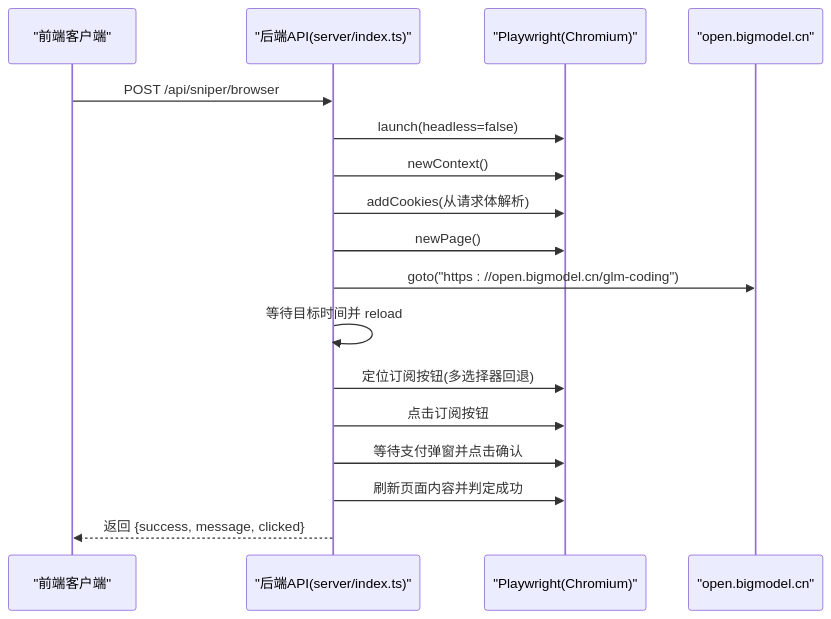
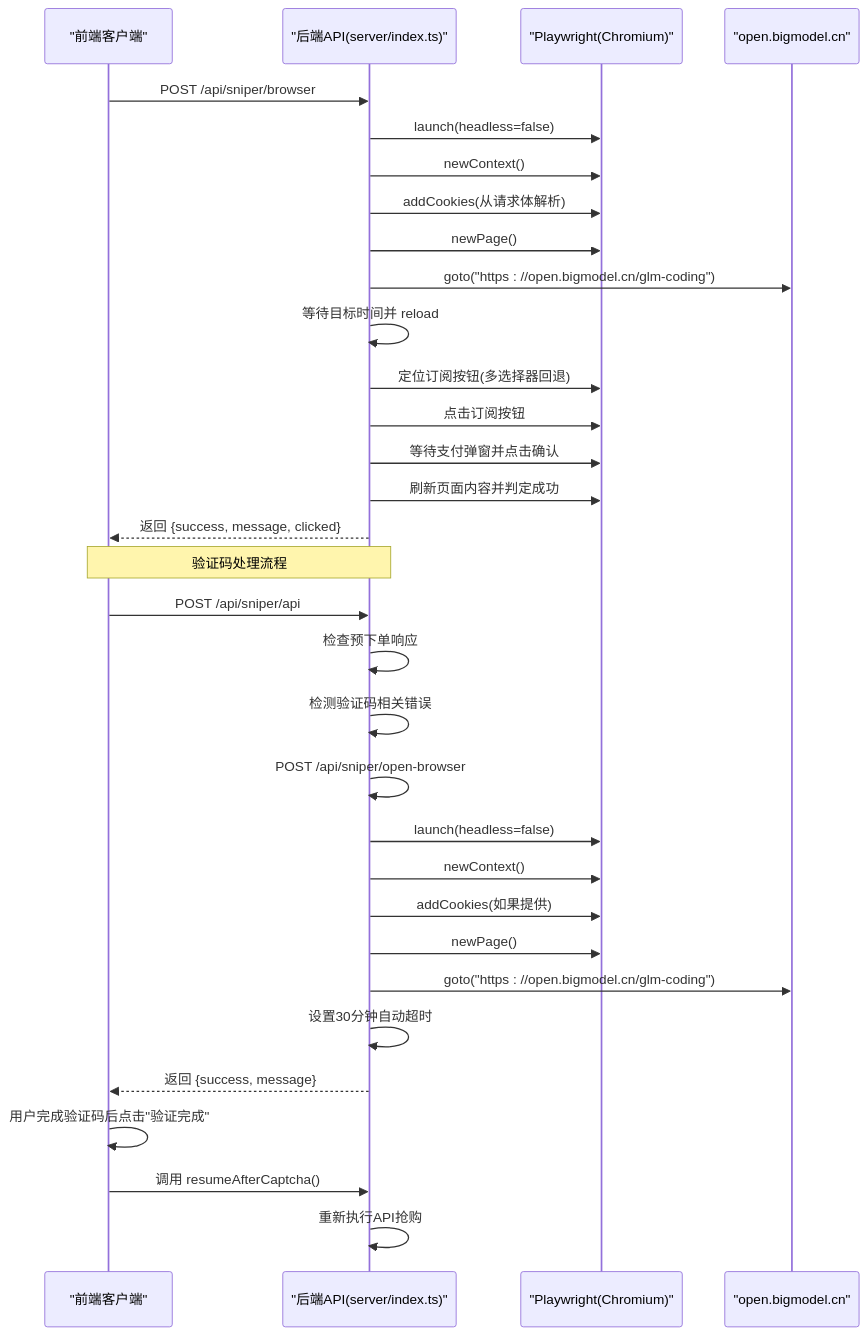
One commit to 16499259-oss/GLM-sniper changed the second of 7 diagrams in .qoder/repowiki/zh/content/服务器架构/浏览器自动化服务.md. Above: the diagram before and after it, drawn with Mermaid. The commit also changed other lines of this file and 9 other files, not shown here.

````diff
--- a/.qoder/repowiki/zh/content/服务器架构/浏览器自动化服务.md
+++ b/.qoder/repowiki/zh/content/服务器架构/浏览器自动化服务.md
@@ -111,19 +118,34 @@
 ```mermaid
 sequenceDiagram
 participant FE as "前端客户端"
 participant API as "后端API(server/index.ts)"
 participant PW as "Playwright(Chromium)"
 participant Site as "open.bigmodel.cn"
 FE->>API : POST /api/sniper/browser
 API->>PW : launch(headless=false)
 API->>PW : newContext()
 API->>PW : addCookies(从请求体解析)
 API->>PW : newPage()
 API->>Site : goto("https : //open.bigmodel.cn/glm-coding")
 API->>API : 等待目标时间并 reload
 API->>PW : 定位订阅按钮(多选择器回退)
 API->>PW : 点击订阅按钮
 API->>PW : 等待支付弹窗并点击确认
 API->>PW : 刷新页面内容并判定成功
 API-->>FE : 返回 {success, message, clicked}
+Note over FE,API : 验证码处理流程
+FE->>API : POST /api/sniper/api
+API->>API : 检查预下单响应
+API->>API : 检测验证码相关错误
+API->>API : POST /api/sniper/open-browser
+API->>PW : launch(headless=false)
+API->>PW : newContext()
+API->>PW : addCookies(如果提供)
+API->>PW : newPage()
+API->>Site : goto("https : //open.bigmodel.cn/glm-coding")
+API->>API : 设置30分钟自动超时
+API-->>FE : 返回 {success, message}
+FE->>FE : 用户完成验证码后点击"验证完成"
+FE->>API : 调用 resumeAfterCaptcha()
+API->>API : 重新执行API抢购
 ```
````
